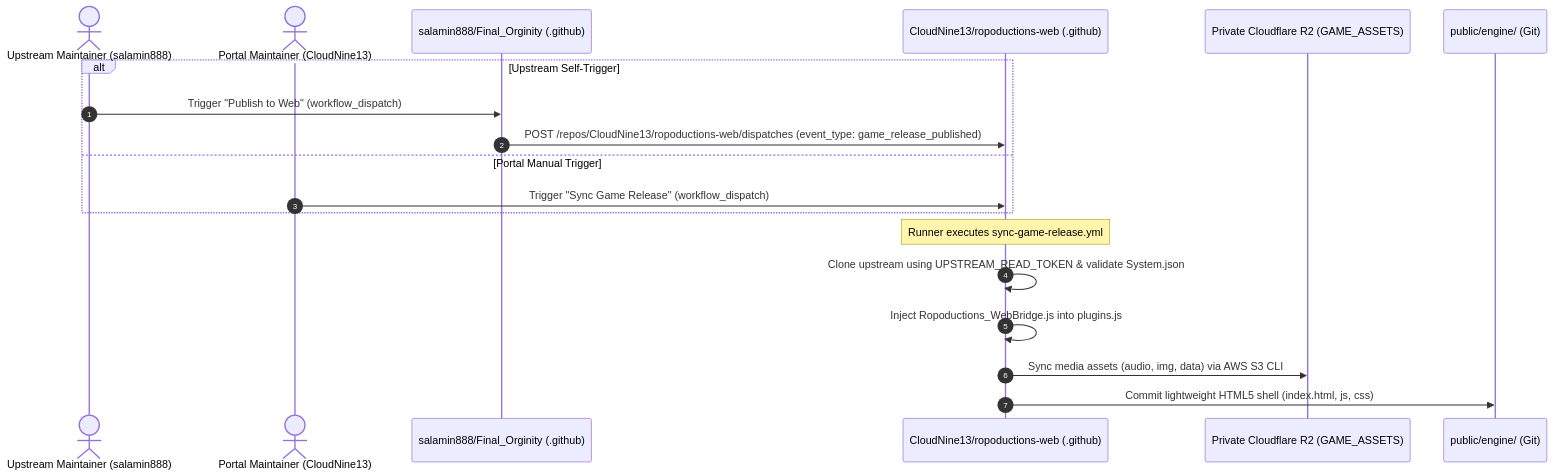
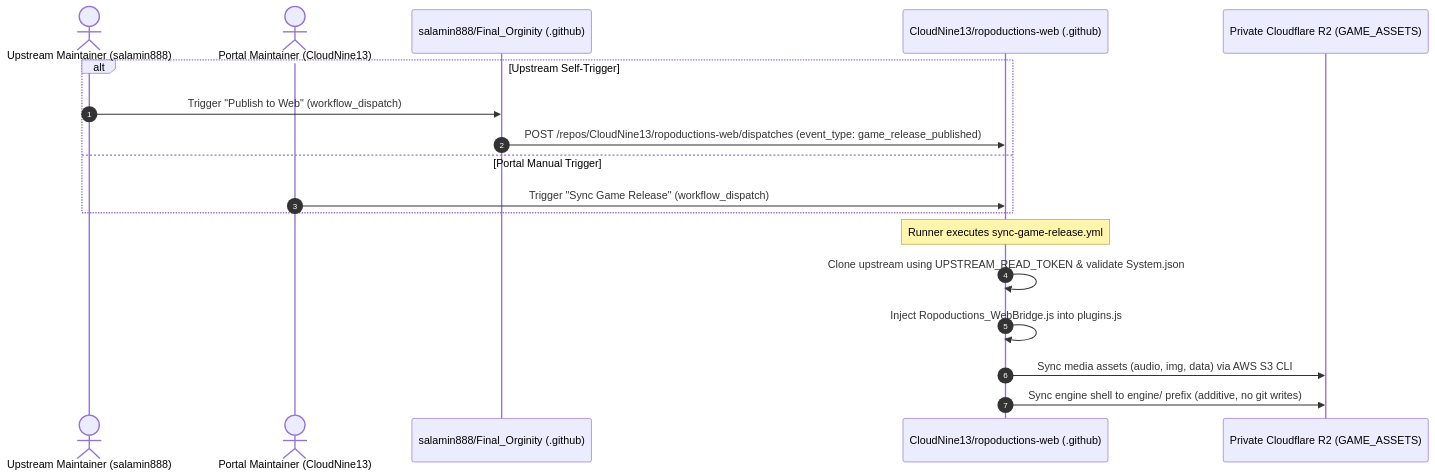
The second of 2 diagrams in _bmad-output/planning-artifacts/architecture/architecture-ropoductions-web-2026-09-15/ARCHITECTURE-SPINE.md (CloudNine13/ropoductions-web), drawn with Mermaid before and after one commit. The commit also changed other lines of this file and 24 other files, not shown here.

Commit message:
fix(edge): deliver game shell via R2 and stop git writes from sync action

````diff
--- a/_bmad-output/planning-artifacts/architecture/architecture-ropoductions-web-2026-09-15/ARCHITECTURE-SPINE.md
+++ b/_bmad-output/planning-artifacts/architecture/architecture-ropoductions-web-2026-09-15/ARCHITECTURE-SPINE.md
@@ -125,23 +125,22 @@
 ```mermaid
 sequenceDiagram
     autonumber
     actor GameDev as Upstream Maintainer (salamin888)
     actor PortalDev as Portal Maintainer (CloudNine13)
     participant UpstreamRepo as salamin888/Final_Orginity (.github)
     participant WebRepo as CloudNine13/ropoductions-web (.github)
     participant R2 as Private Cloudflare R2 (GAME_ASSETS)
-    participant EngineShell as public/engine/ (Git)
 
     alt Upstream Self-Trigger
         GameDev->>UpstreamRepo: Trigger "Publish to Web" (workflow_dispatch)
         UpstreamRepo->>WebRepo: POST /repos/CloudNine13/ropoductions-web/dispatches (event_type: game_release_published)
     else Portal Manual Trigger
         PortalDev->>WebRepo: Trigger "Sync Game Release" (workflow_dispatch)
     end
 
     Note over WebRepo: Runner executes sync-game-release.yml
     WebRepo->>WebRepo: Clone upstream using UPSTREAM_READ_TOKEN & validate System.json
     WebRepo->>WebRepo: Inject Ropoductions_WebBridge.js into plugins.js
     WebRepo->>R2: Sync media assets (audio, img, data) via AWS S3 CLI
-    WebRepo->>EngineShell: Commit lightweight HTML5 shell (index.html, js, css)
+    WebRepo->>R2: Sync engine shell to engine/ prefix (additive, no git writes)
 ```
````
